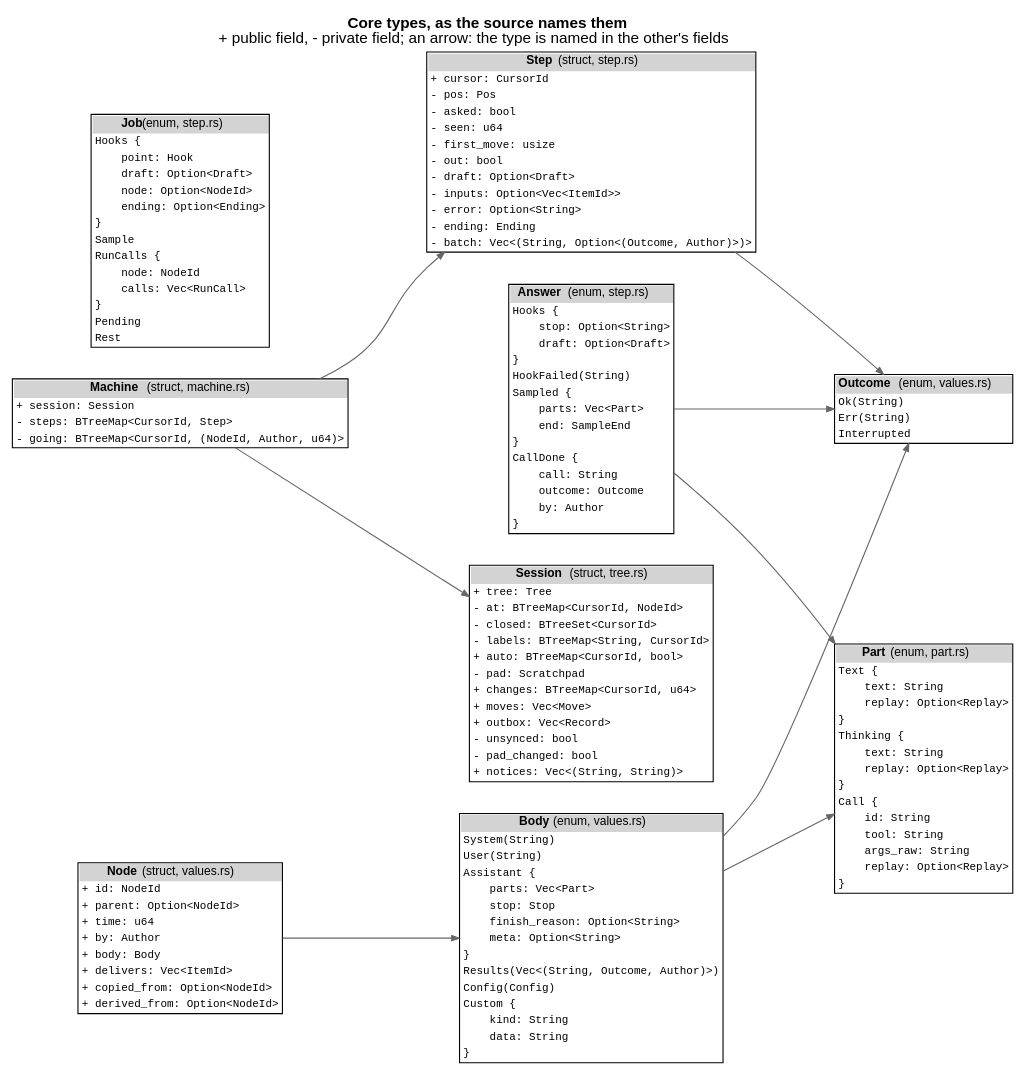
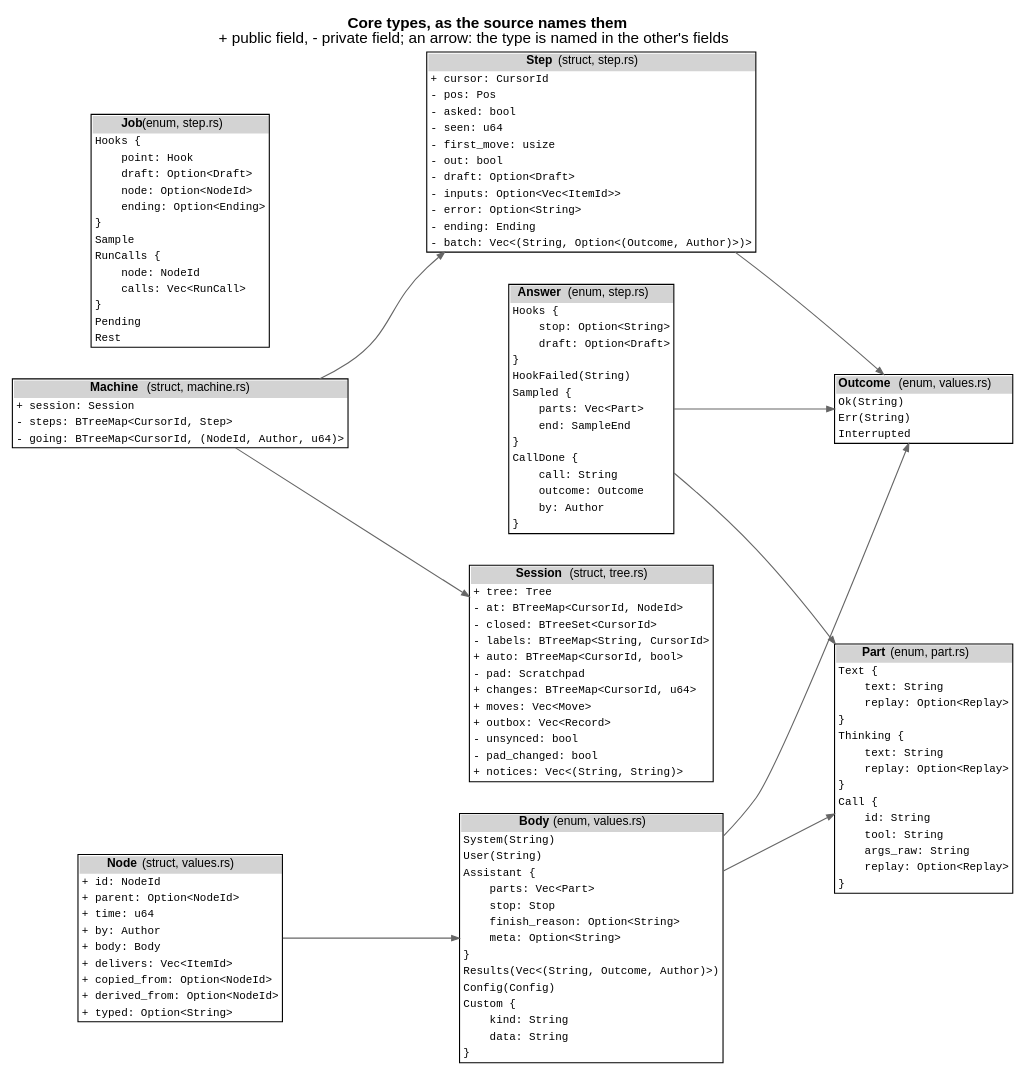
The diagram in docs/as-built/diagrams/types.dot (jmccardle/tau), drawn with Graphviz before and after one commit. The commit also changed 50 other files, not shown here.

```diff
--- a/docs/as-built/diagrams/types.dot
+++ b/docs/as-built/diagrams/types.dot
@@ -4,7 +4,7 @@
   node [shape=plain, fontname="Helvetica", fontsize=11];
   edge [color="gray40", arrowsize=0.7];
   "Body" [label=<<table border="1" cellborder="0" cellspacing="0"><tr><td bgcolor="lightgray"><b>Body</b> (enum, values.rs)</td></tr><tr><td align="left" balign="left"><font face="Courier" point-size="10">System(String)</font></td></tr><tr><td align="left" balign="left"><font face="Courier" point-size="10">User(String)</font></td></tr><tr><td align="left" balign="left"><font face="Courier" point-size="10">Assistant&nbsp;{</font></td></tr><tr><td align="left" balign="left"><font face="Courier" point-size="10">&nbsp;&nbsp;&nbsp;&nbsp;parts:&nbsp;Vec&lt;Part&gt;</font></td></tr><tr><td align="left" balign="left"><font face="Courier" point-size="10">&nbsp;&nbsp;&nbsp;&nbsp;stop:&nbsp;Stop</font></td></tr><tr><td align="left" balign="left"><font face="Courier" point-size="10">&nbsp;&nbsp;&nbsp;&nbsp;finish_reason:&nbsp;Option&lt;String&gt;</font></td></tr><tr><td align="left" balign="left"><font face="Courier" point-size="10">&nbsp;&nbsp;&nbsp;&nbsp;meta:&nbsp;Option&lt;String&gt;</font></td></tr><tr><td align="left" balign="left"><font face="Courier" point-size="10">}</font></td></tr><tr><td align="left" balign="left"><font face="Courier" point-size="10">Results(Vec&lt;(String,&nbsp;Outcome,&nbsp;Author)&gt;)</font></td></tr><tr><td align="left" balign="left"><font face="Courier" point-size="10">Config(Config)</font></td></tr><tr><td align="left" balign="left"><font face="Courier" point-size="10">Custom&nbsp;{</font></td></tr><tr><td align="left" balign="left"><font face="Courier" point-size="10">&nbsp;&nbsp;&nbsp;&nbsp;kind:&nbsp;String</font></td></tr><tr><td align="left" balign="left"><font face="Courier" point-size="10">&nbsp;&nbsp;&nbsp;&nbsp;data:&nbsp;String</font></td></tr><tr><td align="left" balign="left"><font face="Courier" point-size="10">}</font></td></tr></table>>];
-  "Node" [label=<<table border="1" cellborder="0" cellspacing="0"><tr><td bgcolor="lightgray"><b>Node</b> (struct, values.rs)</td></tr><tr><td align="left" balign="left"><font face="Courier" point-size="10">+&nbsp;id:&nbsp;NodeId</font></td></tr><tr><td align="left" balign="left"><font face="Courier" point-size="10">+&nbsp;parent:&nbsp;Option&lt;NodeId&gt;</font></td></tr><tr><td align="left" balign="left"><font face="Courier" point-size="10">+&nbsp;time:&nbsp;u64</font></td></tr><tr><td align="left" balign="left"><font face="Courier" point-size="10">+&nbsp;by:&nbsp;Author</font></td></tr><tr><td align="left" balign="left"><font face="Courier" point-size="10">+&nbsp;body:&nbsp;Body</font></td></tr><tr><td align="left" balign="left"><font face="Courier" point-size="10">+&nbsp;delivers:&nbsp;Vec&lt;ItemId&gt;</font></td></tr><tr><td align="left" balign="left"><font face="Courier" point-size="10">+&nbsp;copied_from:&nbsp;Option&lt;NodeId&gt;</font></td></tr><tr><td align="left" balign="left"><font face="Courier" point-size="10">+&nbsp;derived_from:&nbsp;Option&lt;NodeId&gt;</font></td></tr></table>>];
+  "Node" [label=<<table border="1" cellborder="0" cellspacing="0"><tr><td bgcolor="lightgray"><b>Node</b> (struct, values.rs)</td></tr><tr><td align="left" balign="left"><font face="Courier" point-size="10">+&nbsp;id:&nbsp;NodeId</font></td></tr><tr><td align="left" balign="left"><font face="Courier" point-size="10">+&nbsp;parent:&nbsp;Option&lt;NodeId&gt;</font></td></tr><tr><td align="left" balign="left"><font face="Courier" point-size="10">+&nbsp;time:&nbsp;u64</font></td></tr><tr><td align="left" balign="left"><font face="Courier" point-size="10">+&nbsp;by:&nbsp;Author</font></td></tr><tr><td align="left" balign="left"><font face="Courier" point-size="10">+&nbsp;body:&nbsp;Body</font></td></tr><tr><td align="left" balign="left"><font face="Courier" point-size="10">+&nbsp;delivers:&nbsp;Vec&lt;ItemId&gt;</font></td></tr><tr><td align="left" balign="left"><font face="Courier" point-size="10">+&nbsp;copied_from:&nbsp;Option&lt;NodeId&gt;</font></td></tr><tr><td align="left" balign="left"><font face="Courier" point-size="10">+&nbsp;derived_from:&nbsp;Option&lt;NodeId&gt;</font></td></tr><tr><td align="left" balign="left"><font face="Courier" point-size="10">+&nbsp;typed:&nbsp;Option&lt;String&gt;</font></td></tr></table>>];
   "Session" [label=<<table border="1" cellborder="0" cellspacing="0"><tr><td bgcolor="lightgray"><b>Session</b> (struct, tree.rs)</td></tr><tr><td align="left" balign="left"><font face="Courier" point-size="10">+&nbsp;tree:&nbsp;Tree</font></td></tr><tr><td align="left" balign="left"><font face="Courier" point-size="10">-&nbsp;at:&nbsp;BTreeMap&lt;CursorId,&nbsp;NodeId&gt;</font></td></tr><tr><td align="left" balign="left"><font face="Courier" point-size="10">-&nbsp;closed:&nbsp;BTreeSet&lt;CursorId&gt;</font></td></tr><tr><td align="left" balign="left"><font face="Courier" point-size="10">-&nbsp;labels:&nbsp;BTreeMap&lt;String,&nbsp;CursorId&gt;</font></td></tr><tr><td align="left" balign="left"><font face="Courier" point-size="10">+&nbsp;auto:&nbsp;BTreeMap&lt;CursorId,&nbsp;bool&gt;</font></td></tr><tr><td align="left" balign="left"><font face="Courier" point-size="10">-&nbsp;pad:&nbsp;Scratchpad</font></td></tr><tr><td align="left" balign="left"><font face="Courier" point-size="10">+&nbsp;changes:&nbsp;BTreeMap&lt;CursorId,&nbsp;u64&gt;</font></td></tr><tr><td align="left" balign="left"><font face="Courier" point-size="10">+&nbsp;moves:&nbsp;Vec&lt;Move&gt;</font></td></tr><tr><td align="left" balign="left"><font face="Courier" point-size="10">+&nbsp;outbox:&nbsp;Vec&lt;Record&gt;</font></td></tr><tr><td align="left" balign="left"><font face="Courier" point-size="10">-&nbsp;unsynced:&nbsp;bool</font></td></tr><tr><td align="left" balign="left"><font face="Courier" point-size="10">-&nbsp;pad_changed:&nbsp;bool</font></td></tr><tr><td align="left" balign="left"><font face="Courier" point-size="10">+&nbsp;notices:&nbsp;Vec&lt;(String,&nbsp;String)&gt;</font></td></tr></table>>];
   "Machine" [label=<<table border="1" cellborder="0" cellspacing="0"><tr><td bgcolor="lightgray"><b>Machine</b> (struct, machine.rs)</td></tr><tr><td align="left" balign="left"><font face="Courier" point-size="10">+&nbsp;session:&nbsp;Session</font></td></tr><tr><td align="left" balign="left"><font face="Courier" point-size="10">-&nbsp;steps:&nbsp;BTreeMap&lt;CursorId,&nbsp;Step&gt;</font></td></tr><tr><td align="left" balign="left"><font face="Courier" point-size="10">-&nbsp;going:&nbsp;BTreeMap&lt;CursorId,&nbsp;(NodeId,&nbsp;Author,&nbsp;u64)&gt;</font></td></tr></table>>];
   "Step" [label=<<table border="1" cellborder="0" cellspacing="0"><tr><td bgcolor="lightgray"><b>Step</b> (struct, step.rs)</td></tr><tr><td align="left" balign="left"><font face="Courier" point-size="10">+&nbsp;cursor:&nbsp;CursorId</font></td></tr><tr><td align="left" balign="left"><font face="Courier" point-size="10">-&nbsp;pos:&nbsp;Pos</font></td></tr><tr><td align="left" balign="left"><font face="Courier" point-size="10">-&nbsp;asked:&nbsp;bool</font></td></tr><tr><td align="left" balign="left"><font face="Courier" point-size="10">-&nbsp;seen:&nbsp;u64</font></td></tr><tr><td align="left" balign="left"><font face="Courier" point-size="10">-&nbsp;first_move:&nbsp;usize</font></td></tr><tr><td align="left" balign="left"><font face="Courier" point-size="10">-&nbsp;out:&nbsp;bool</font></td></tr><tr><td align="left" balign="left"><font face="Courier" point-size="10">-&nbsp;draft:&nbsp;Option&lt;Draft&gt;</font></td></tr><tr><td align="left" balign="left"><font face="Courier" point-size="10">-&nbsp;inputs:&nbsp;Option&lt;Vec&lt;ItemId&gt;&gt;</font></td></tr><tr><td align="left" balign="left"><font face="Courier" point-size="10">-&nbsp;error:&nbsp;Option&lt;String&gt;</font></td></tr><tr><td align="left" balign="left"><font face="Courier" point-size="10">-&nbsp;ending:&nbsp;Ending</font></td></tr><tr><td align="left" balign="left"><font face="Courier" point-size="10">-&nbsp;batch:&nbsp;Vec&lt;(String,&nbsp;Option&lt;(Outcome,&nbsp;Author)&gt;)&gt;</font></td></tr></table>>];
```
